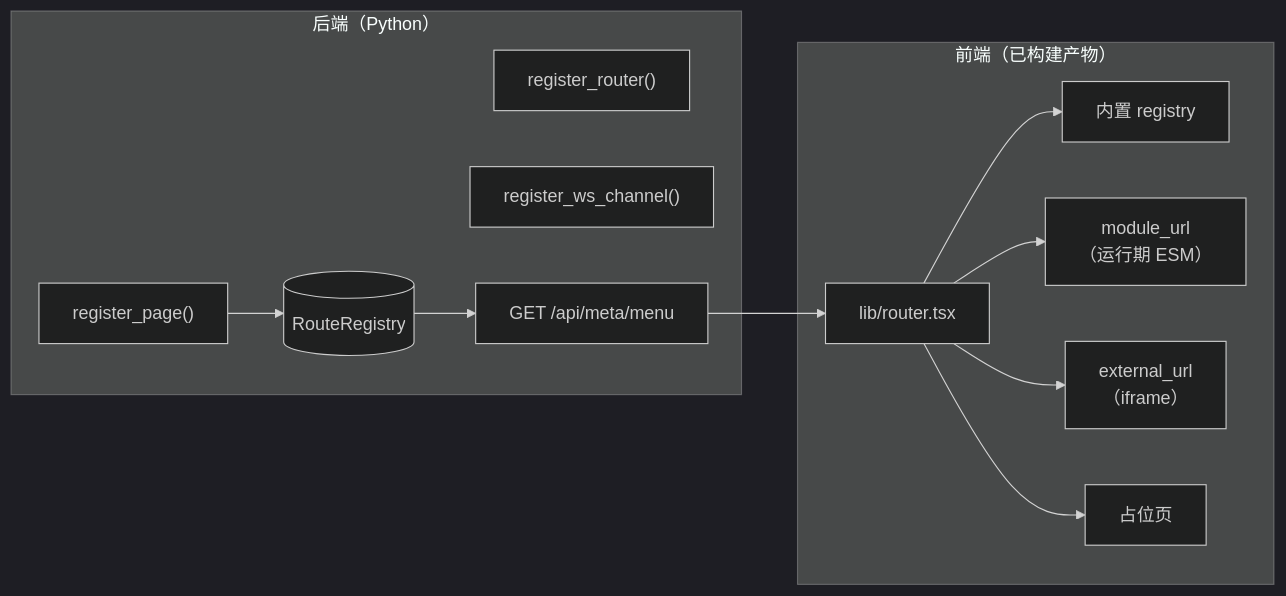
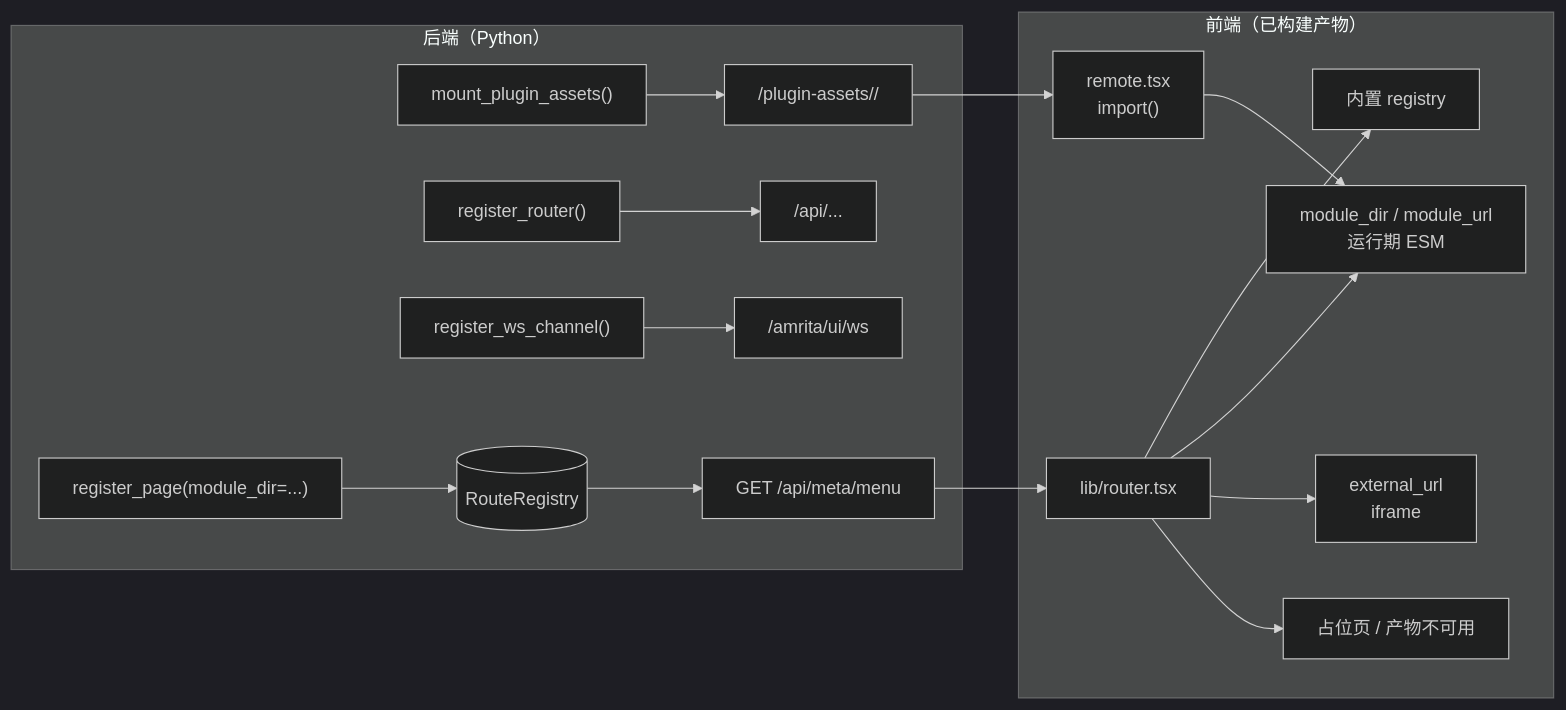
Before and after one commit to AmritaBot/amrita-docs: the diagram in docs/amrita/features/webui/customization.md, drawn with Mermaid (dark theme). The commit also changed other lines of this file and 14 other files, not shown here.

````diff
--- a/docs/amrita/features/webui/customization.md
+++ b/docs/amrita/features/webui/customization.md
@@ -18,19 +17,25 @@
 ```mermaid
 flowchart LR
     subgraph Backend["后端（Python）"]
-        Reg["register_page()"]
+        Reg["register_page(module_dir=...)"]
+        Mount["mount_plugin_assets()"]
         RegAPI["register_router()"]
         RegWS["register_ws_channel()"]
         RR[("RouteRegistry")]
         Reg --> RR
+        Mount --> Assets["/plugin-assets/<name>/"]
+        RegAPI --> API["/api/..."]
+        RegWS --> WS["/amrita/ui/ws"]
         RR --> Menu["GET /api/meta/menu"]
     end
 
     subgraph Frontend["前端（已构建产物）"]
         Menu --> Router["lib/router.tsx"]
+        Assets --> Remote["remote.tsx<br/>import()"]
         Router --> R1["内置 registry"]
-        Router --> R2["module_url<br/>（运行期 ESM）"]
-        Router --> R3["external_url<br/>（iframe）"]
-        Router --> R4["占位页"]
+        Router --> R2["module_dir / module_url<br/>运行期 ESM"]
+        Router --> R3["external_url<br/>iframe"]
+        Router --> R4["占位页 / 产物不可用"]
+        Remote --> R2
     end
 ```
````
